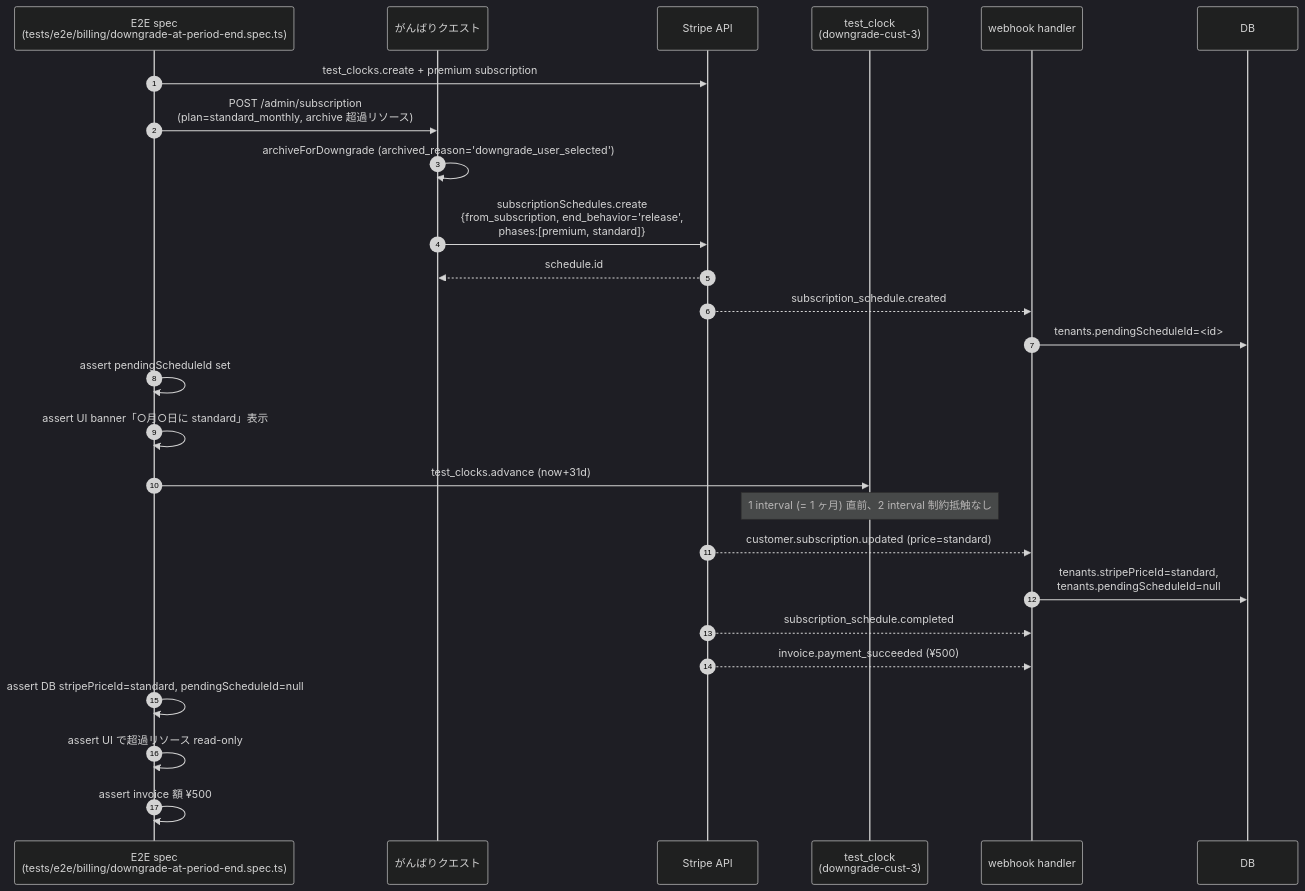
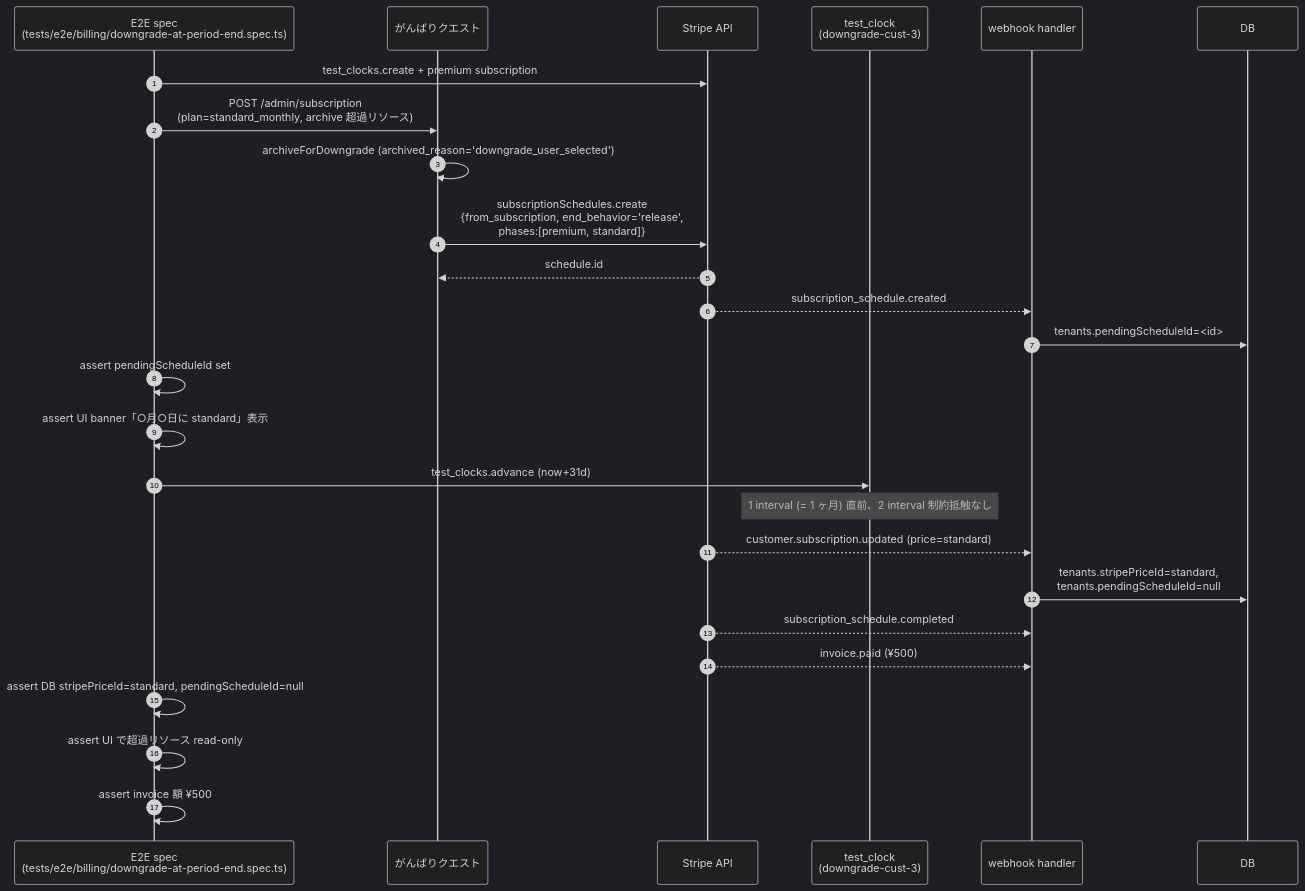
One commit to Takenori-Kusaka/ganbari-quest changed the third of 6 diagrams in docs/design/billing-redesign/phase6-test-clock-scenarios.md. Above: the diagram before and after it, drawn with Mermaid (dark theme). The commit also changed other lines of this file and 20 other files, not shown here.

````diff
--- a/docs/design/billing-redesign/phase6-test-clock-scenarios.md
+++ b/docs/design/billing-redesign/phase6-test-clock-scenarios.md
@@ -200,29 +200,29 @@
 ```mermaid
 sequenceDiagram
     autonumber
     participant Test as E2E spec<br/>(tests/e2e/billing/downgrade-at-period-end.spec.ts)
     participant App as がんばりクエスト
     participant Stripe as Stripe API
     participant TestClock as test_clock<br/>(downgrade-cust-3)
     participant Webhook as webhook handler
     participant DB as DB
 
     Test->>Stripe: test_clocks.create + premium subscription
     Test->>App: POST /admin/subscription<br/>(plan=standard_monthly, archive 超過リソース)
     App->>App: archiveForDowngrade (archived_reason='downgrade_user_selected')
     App->>Stripe: subscriptionSchedules.create<br/>{from_subscription, end_behavior='release',<br/>phases:[premium, standard]}
     Stripe-->>App: schedule.id
     Stripe-->>Webhook: subscription_schedule.created
     Webhook->>DB: tenants.pendingScheduleId=<id>
     Test->>Test: assert pendingScheduleId set
     Test->>Test: assert UI banner「○月○日に standard」表示
     Test->>TestClock: test_clocks.advance (now+31d)
     Note over TestClock: 1 interval (= 1 ヶ月) 直前、2 interval 制約抵触なし
     Stripe-->>Webhook: customer.subscription.updated (price=standard)
     Webhook->>DB: tenants.stripePriceId=standard,<br/>tenants.pendingScheduleId=null
     Stripe-->>Webhook: subscription_schedule.completed
-    Stripe-->>Webhook: invoice.payment_succeeded (¥500)
+    Stripe-->>Webhook: invoice.paid (¥500)
     Test->>Test: assert DB stripePriceId=standard, pendingScheduleId=null
     Test->>Test: assert UI で超過リソース read-only
     Test->>Test: assert invoice 額 ¥500
 ```
````
